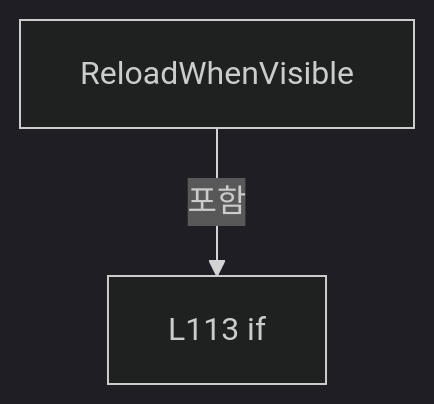
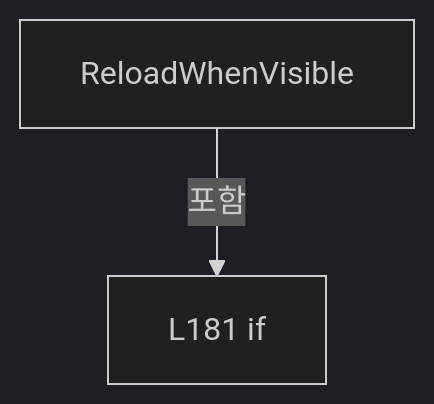
Before and after one commit to kjuws10-rgb/Shared: the third of 14 diagrams in A3 LD Code Ref/files/Drilling.UI/Menu/Menus/CMenuCorrection.ReviewData.cs.md, drawn with Mermaid (dark theme). The commit also changed other lines of this file and 2071 other files, not shown here.

Commit message:
docs(a3): update 11.19.0 architecture and code reference

````diff
--- a/A3 LD Code Ref/files/Drilling.UI/Menu/Menus/CMenuCorrection.ReviewData.cs.md
+++ b/A3 LD Code Ref/files/Drilling.UI/Menu/Menus/CMenuCorrection.ReviewData.cs.md
@@ -1204,6 +1514,6 @@
 ```mermaid
 flowchart TD
  M["ReloadWhenVisible"]
- N0["L113 if"]
+ N0["L181 if"]
  M -->|포함| N0
 ```
````
